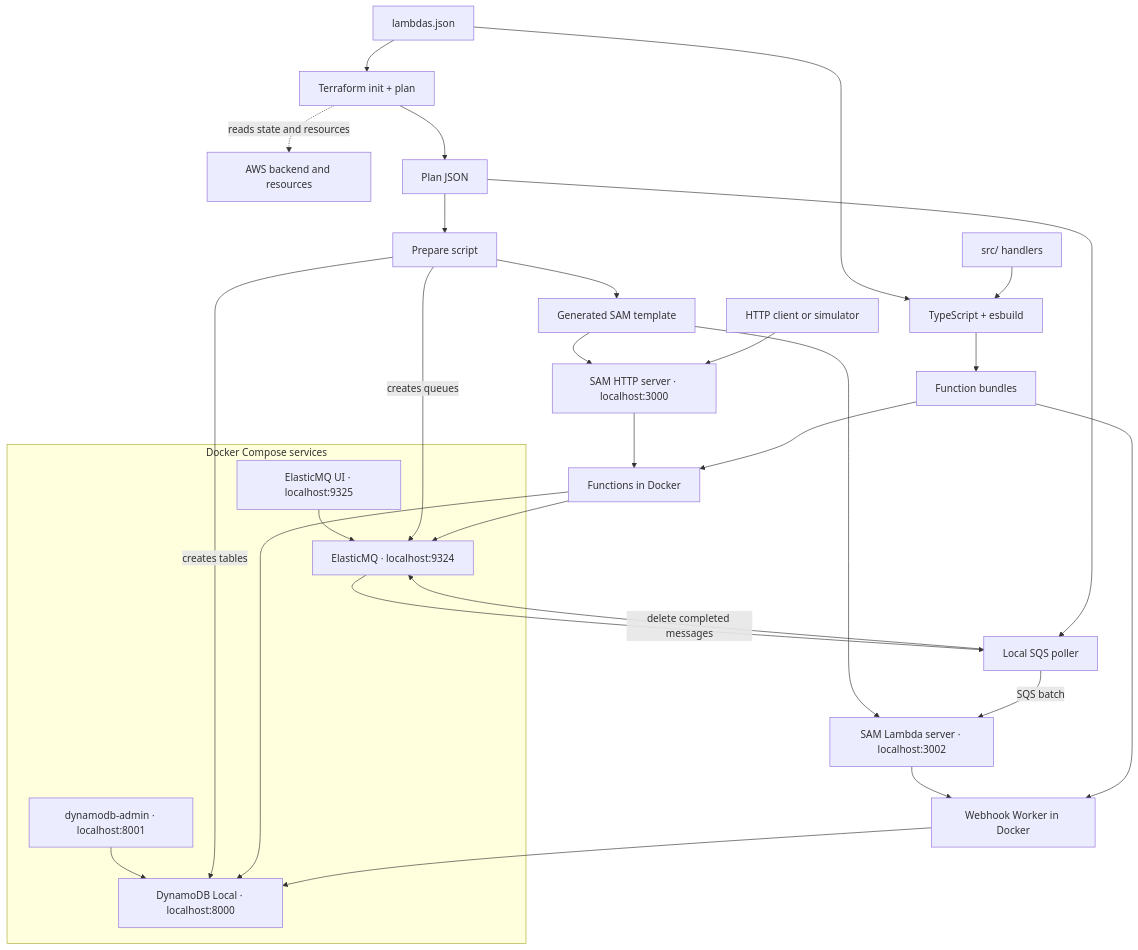
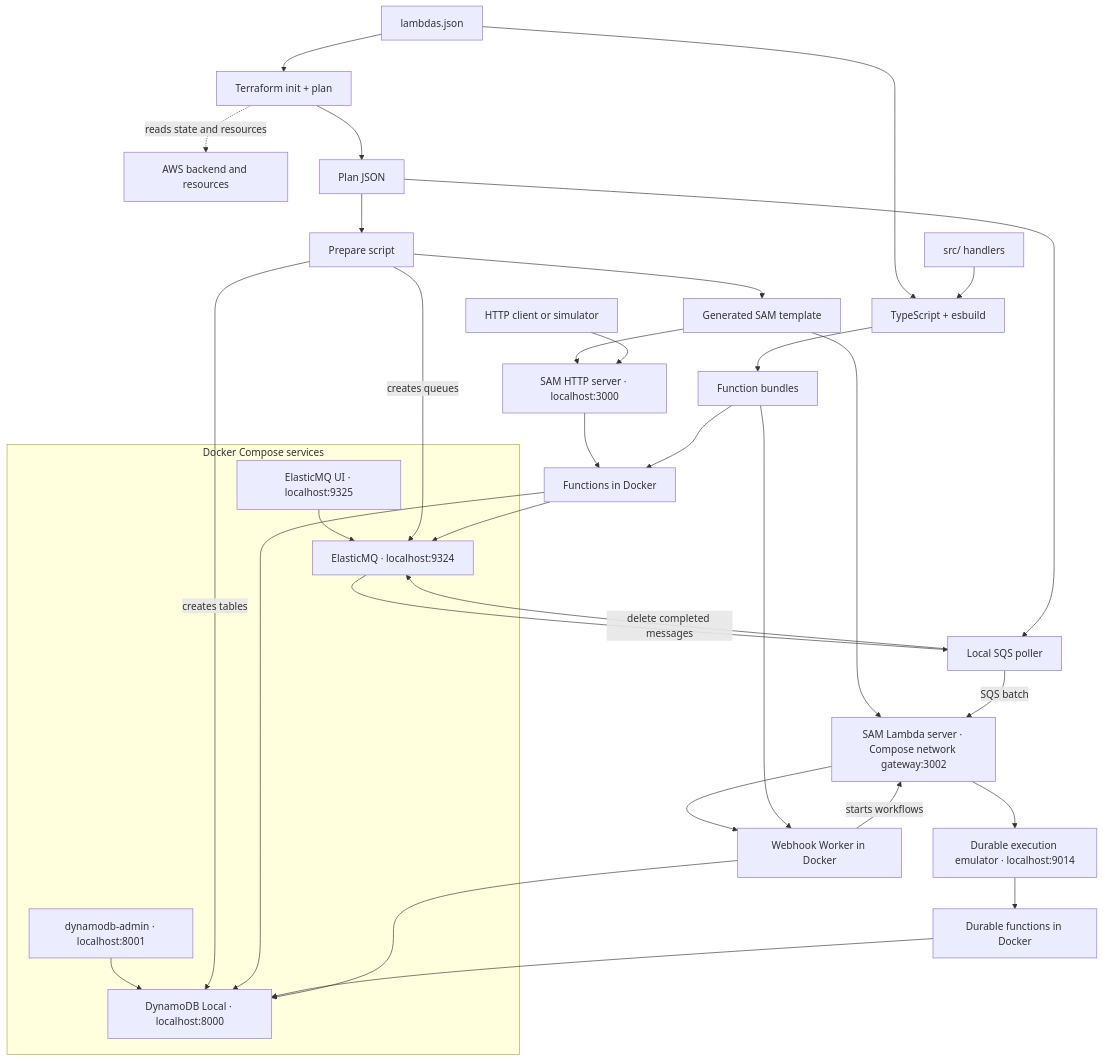
One commit to gabrielroriz/aws-resilient-payment-flow changed the diagram in docs/guides/development.md. Above: the diagram before and after it, drawn with Mermaid. The commit also changed other lines of this file and 58 other files, not shown here.

````diff
--- a/docs/guides/development.md
+++ b/docs/guides/development.md
@@ -32,33 +32,37 @@
 ```mermaid
 flowchart TD
     Registry["lambdas.json"] --> Build["TypeScript + esbuild"]
     Source["src/ handlers"] --> Build
     Build --> Bundles["Function bundles"]
     Registry --> Terraform["Terraform init + plan"]
     Terraform -. "reads state and resources" .-> AWS["AWS backend and resources"]
     Terraform --> Plan["Plan JSON"]
     Plan --> Prepare["Prepare script"]
     Prepare --> Template["Generated SAM template"]
     Template --> SAM["SAM HTTP server · localhost:3000"]
     Client["HTTP client or simulator"] --> SAM
     SAM --> Runtime["Functions in Docker"]
     Bundles --> Runtime
     subgraph Compose["Docker Compose services"]
         DynamoDB["DynamoDB Local · localhost:8000"]
         Admin["dynamodb-admin · localhost:8001"] --> DynamoDB
         SQS["ElasticMQ · localhost:9324"]
         SqsAdmin["ElasticMQ UI · localhost:9325"] --> SQS
     end
     Prepare -->|"creates tables"| DynamoDB
     Prepare -->|"creates queues"| SQS
     Runtime --> DynamoDB
     Runtime --> SQS
     Plan --> Poller["Local SQS poller"]
     SQS --> Poller
-    Template --> Invoke["SAM Lambda server · localhost:3002"]
+    Template --> Invoke["SAM Lambda server · Compose network gateway:3002"]
     Poller -->|"SQS batch"| Invoke
     Invoke --> Worker["Webhook Worker in Docker"]
     Bundles --> Worker
+    Worker -->|"starts workflows"| Invoke
+    Invoke --> Emulator["Durable execution emulator · localhost:9014"]
+    Emulator --> Durable["Durable functions in Docker"]
+    Durable --> DynamoDB
     Worker --> DynamoDB
     Poller -->|"delete completed messages"| SQS
 ```
````
